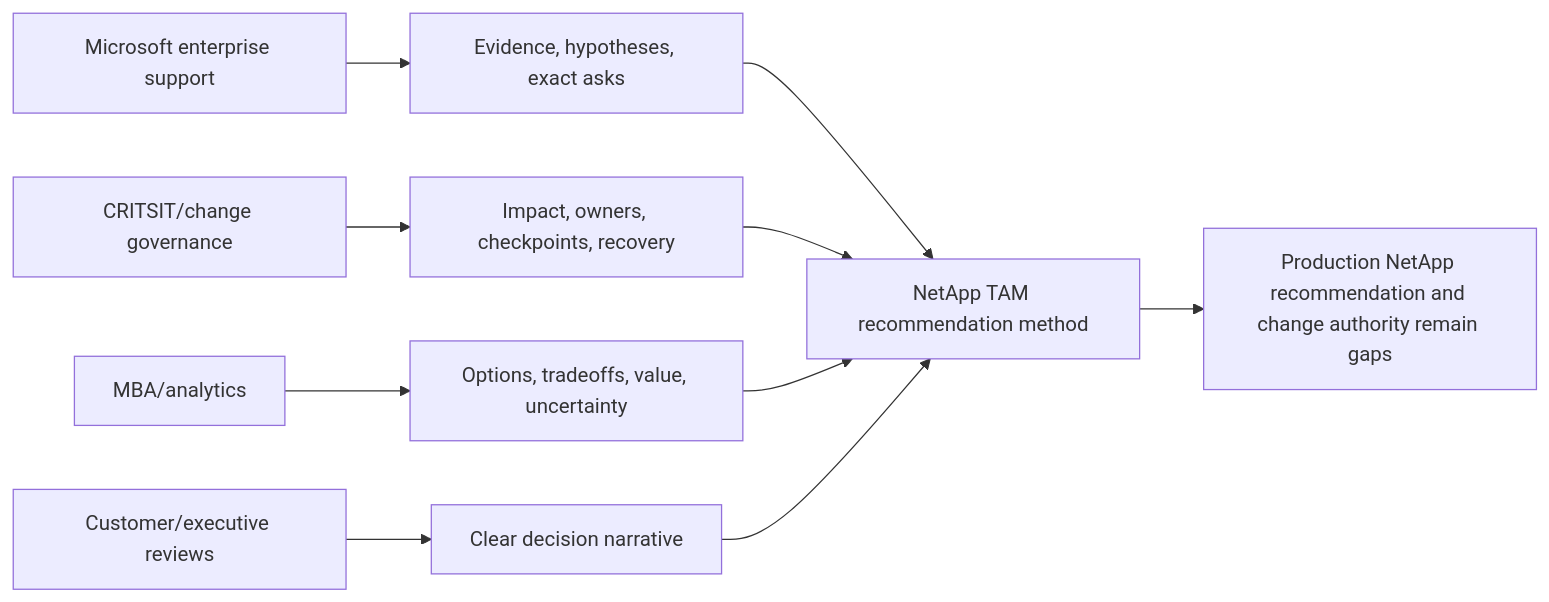
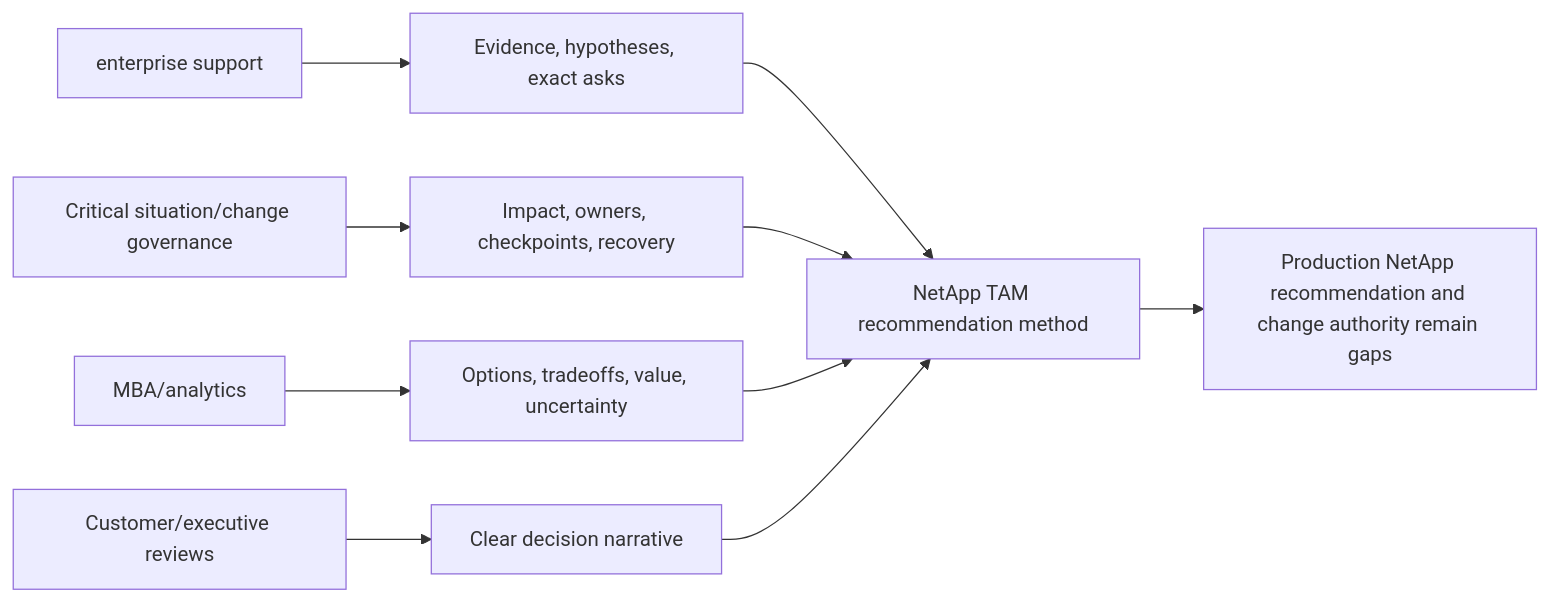
One commit to hichauhan-in/Interview-Prep changed diagram 26 of 27 in NetApp TAM/prep/Part-58-recommendation-writing.md. Above: the diagram before and after it, drawn with Mermaid. The commit also changed other lines of this file and 493 other files, not shown here.

````diff
--- a/NetApp TAM/prep/Part-58-recommendation-writing.md
+++ b/NetApp TAM/prep/Part-58-recommendation-writing.md
@@ -943,12 +943,12 @@
 ```mermaid
 flowchart LR
-    SUP[Microsoft enterprise support] --> EVID[Evidence, hypotheses, exact asks]
-    CRIT[CRITSIT/change governance] --> SAFE[Impact, owners, checkpoints, recovery]
+    SUP[enterprise support] --> EVID[Evidence, hypotheses, exact asks]
+    CRIT[Critical situation/change governance] --> SAFE[Impact, owners, checkpoints, recovery]
     MBA[MBA/analytics] --> OPT[Options, tradeoffs, value, uncertainty]
     COMM[Customer/executive reviews] --> STORY[Clear decision narrative]
     EVID --> METHOD[NetApp TAM recommendation method]
     SAFE --> METHOD
     OPT --> METHOD
     STORY --> METHOD
     METHOD --> GAP[Production NetApp recommendation and change authority remain gaps]
 ```
````
